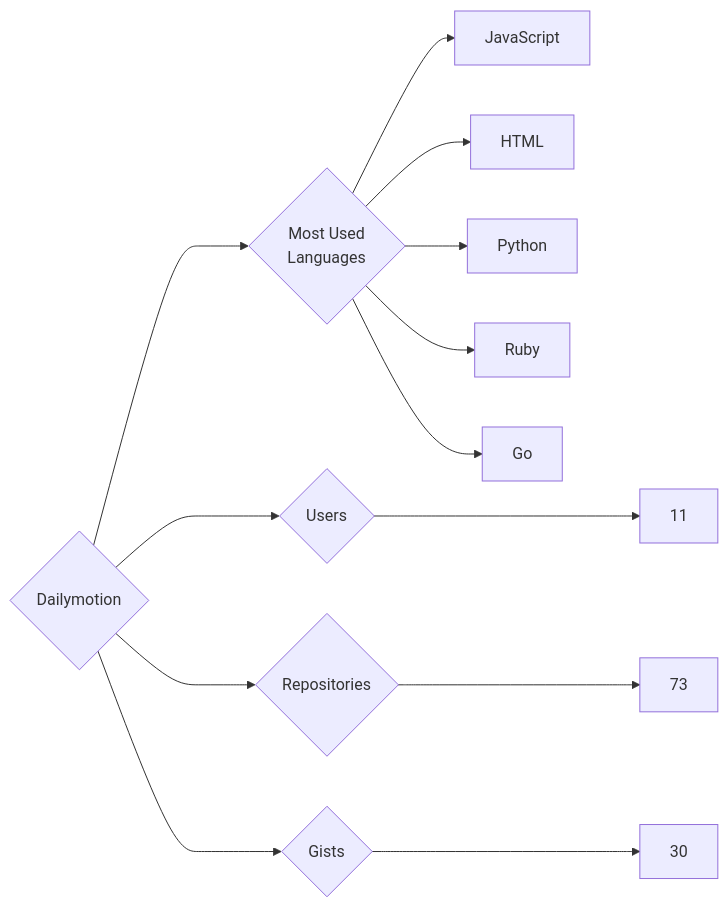
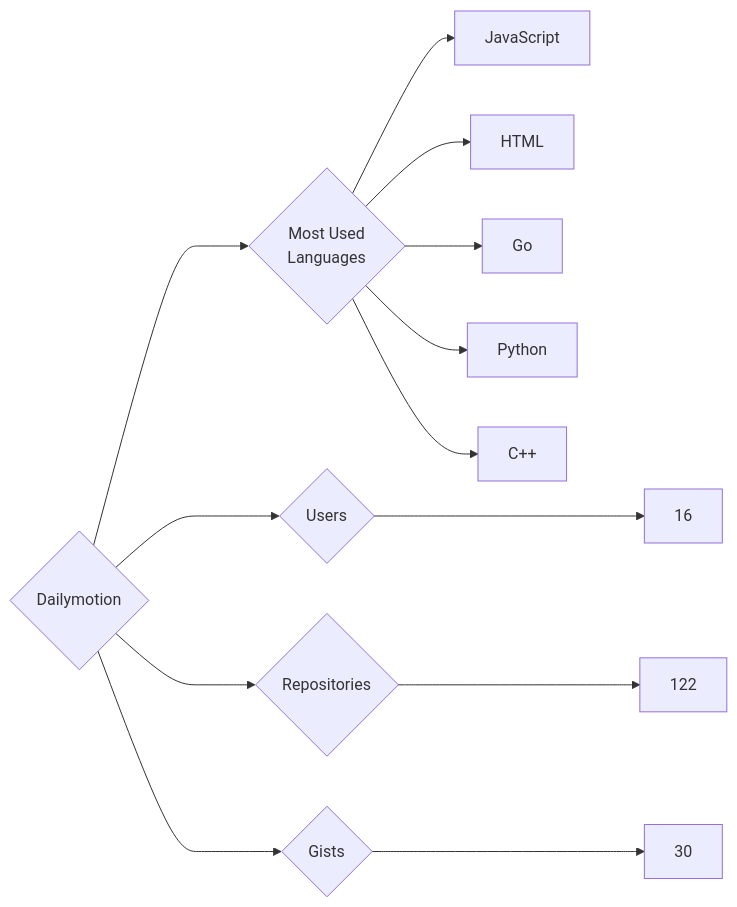
One commit to trickest/insiders changed the diagram in targets/Dailymotion/README.md. Above: the diagram before and after it, drawn with Mermaid. The commit also changed 894 other files, not shown here.

````diff
--- a/targets/Dailymotion/README.md
+++ b/targets/Dailymotion/README.md
@@ -3,13 +3,13 @@
 ```mermaid
 graph LR
 COMPANY_NAME{Dailymotion}
-COMPANY_NAME ---> U{Users} ---> UN[11]
-COMPANY_NAME ---> R{Repositories} ---> RN[73]
+COMPANY_NAME ---> U{Users} ---> UN[16]
+COMPANY_NAME ---> R{Repositories} ---> RN[122]
 COMPANY_NAME ---> G{Gists} ---> GN[30]
 COMPANY_NAME ---> ML{Most Used<br>Languages}
 ML --> JavaScript[JavaScript]
 ML --> HTML[HTML]
+ML --> Go[Go]
 ML --> Python[Python]
-ML --> Ruby[Ruby]
-ML --> Go[Go]
+ML --> C++[C++]
 ```
````
